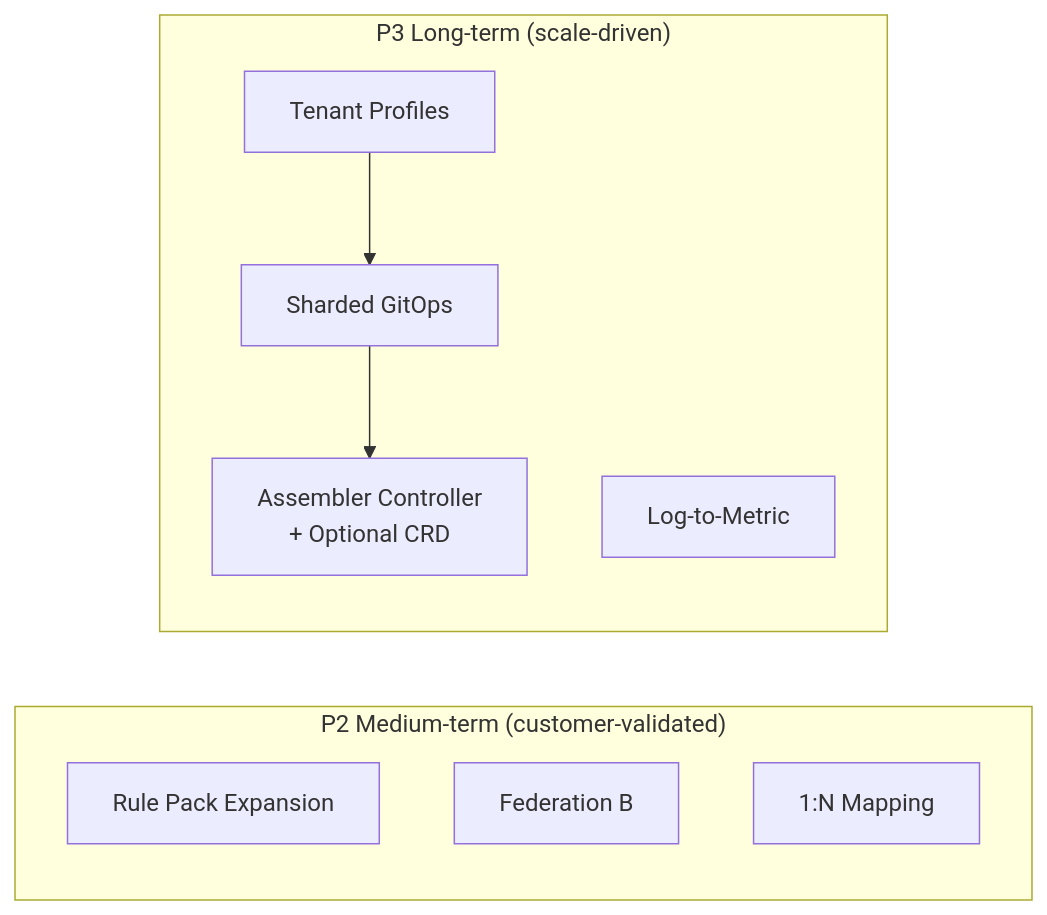
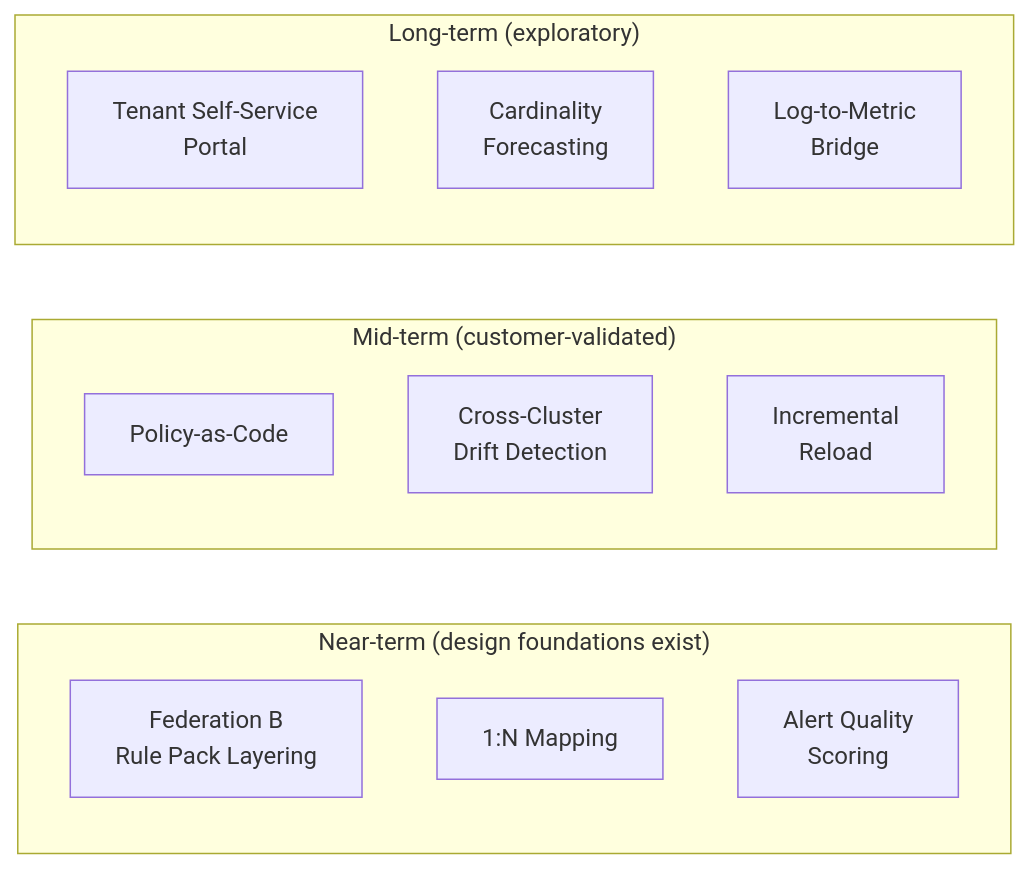
The third of 3 diagrams in docs/architecture-and-design.en.md (vencil/Dynamic-Alerting-Integrations), drawn with Mermaid before and after one commit. The commit also changed other lines of this file and 120 other files, not shown here.

First line of the commit message:
v2.0.0-preview.2: Scalable Config Governance + DX Tooling + Roadmap Rewrite

````diff
--- a/docs/architecture-and-design.en.md
+++ b/docs/architecture-and-design.en.md
@@ -758,15 +793,18 @@
 ```mermaid
 graph LR
-    subgraph P2["P2 Medium-term (customer-validated)"]
-        RP["Rule Pack Expansion"]
-        FB["Federation B"]
+    subgraph Near["Near-term (design foundations exist)"]
+        FB["Federation B<br/>Rule Pack Layering"]
         NM["1:N Mapping"]
+        QS["Alert Quality<br/>Scoring"]
     end
-    subgraph P3["P3 Long-term (scale-driven)"]
-        TP["Tenant Profiles"]
-        SG["Sharded GitOps"]
-        AC["Assembler Controller<br/>+ Optional CRD"]
-        LM["Log-to-Metric"]
-        TP --> SG --> AC
+    subgraph Mid["Mid-term (customer-validated)"]
+        PS["Policy-as-Code"]
+        CD["Cross-Cluster<br/>Drift Detection"]
+        IR["Incremental<br/>Reload"]
+    end
+    subgraph Far["Long-term (exploratory)"]
+        SP["Tenant Self-Service<br/>Portal"]
+        CF["Cardinality<br/>Forecasting"]
+        LM["Log-to-Metric<br/>Bridge"]
     end
 ```
````
